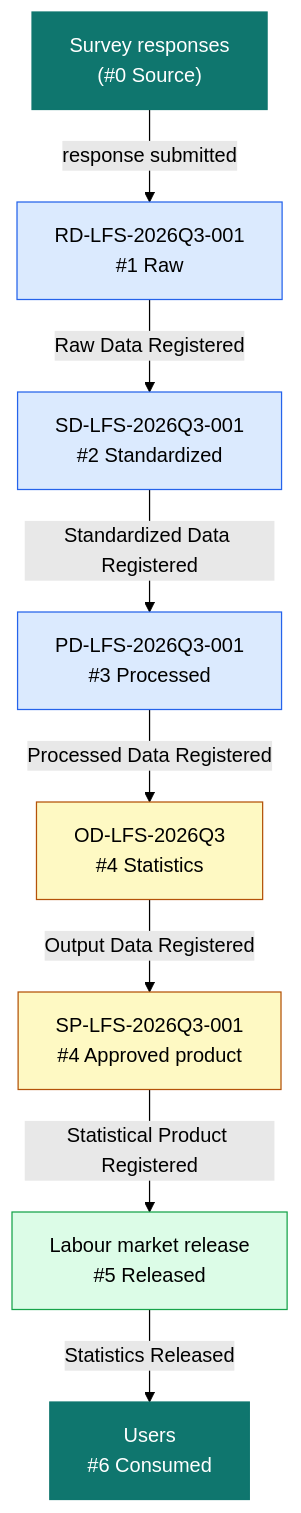
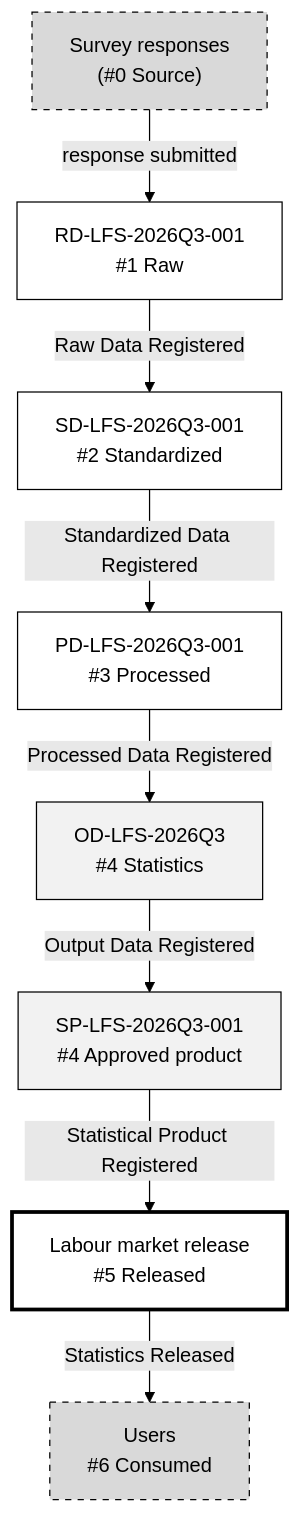
Before and after one commit to UNECE/Statistical-Architecture-Framework: the second of 4 diagrams in site/SAF-Getting-Started.qmd, drawn with Mermaid (forest theme). The commit also changed other lines of this file and 1 other file, not shown here.

First line of the commit message:
Use greyscale diagrams in SAF in Brief and Getting Started

````diff
--- a/site/SAF-Getting-Started.qmd
+++ b/site/SAF-Getting-Started.qmd
@@ -83,17 +80,17 @@
 ```{mermaid}
 %%| label: fig-gs-thread-lfs
 %%| fig-cap: "Labour Force Survey — primary collection."
 flowchart TD
     L0["Survey responses<br/>(#0 Source)"]:::ext -->|"response submitted"| L1["RD-LFS-2026Q3-001<br/>#1 Raw"]:::s
     L1 -->|"Raw Data Registered"| L2["SD-LFS-2026Q3-001<br/>#2 Standardized"]:::s
     L2 -->|"Standardized Data Registered"| L3["PD-LFS-2026Q3-001<br/>#3 Processed"]:::s
     L3 -->|"Processed Data Registered"| L4["OD-LFS-2026Q3<br/>#4 Statistics"]:::o
     L4 -->|"Output Data Registered"| L5["SP-LFS-2026Q3-001<br/>#4 Approved product"]:::o
     L5 -->|"Statistical Product Registered"| L6["Labour market release<br/>#5 Released"]:::r
     L6 -->|"Statistics Released"| L7["Users<br/>#6 Consumed"]:::ext
 
-    classDef ext fill:#0f766e,color:#fff,stroke:#0f766e
-    classDef s fill:#dbeafe,stroke:#2563eb
-    classDef o fill:#fef9c3,stroke:#b45309
-    classDef r fill:#dcfce7,stroke:#16a34a
+    classDef ext fill:#d9d9d9,color:#000,stroke:#000,stroke-dasharray:5 5
+    classDef s fill:#fff,color:#000,stroke:#000
+    classDef o fill:#f2f2f2,color:#000,stroke:#000
+    classDef r fill:#fff,color:#000,stroke:#000,stroke-width:3px
 ```
````
